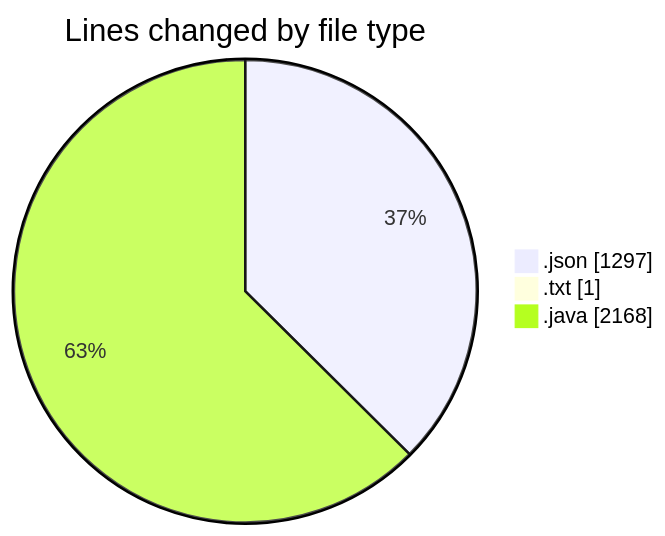
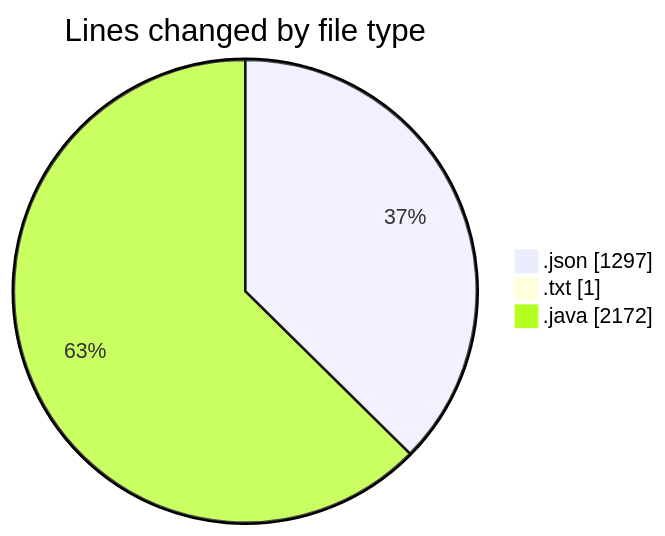
One commit to ricardozamudiocil/code-tracking changed the first of 2 diagrams in 2026-10-15/cilapp/README.md. Above: the diagram before and after it, drawn with Mermaid. The commit also changed other lines of this file and 1 other file, not shown here.

````diff
--- a/2026-10-15/cilapp/README.md
+++ b/2026-10-15/cilapp/README.md
@@ -23,7 +23,7 @@
 ```mermaid
 pie showData
 title Lines changed by file type
 ".json" : 1297
 ".txt" : 1
-".java" : 2168
+".java" : 2172
 ```
````
